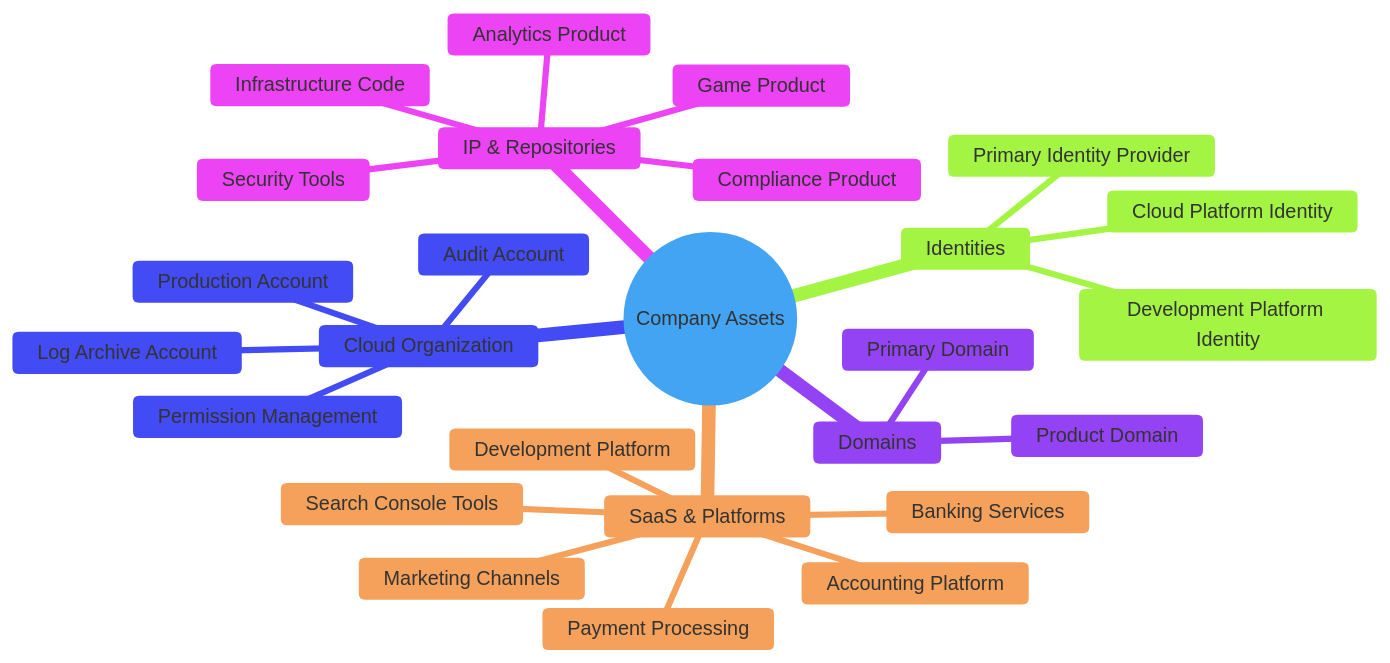
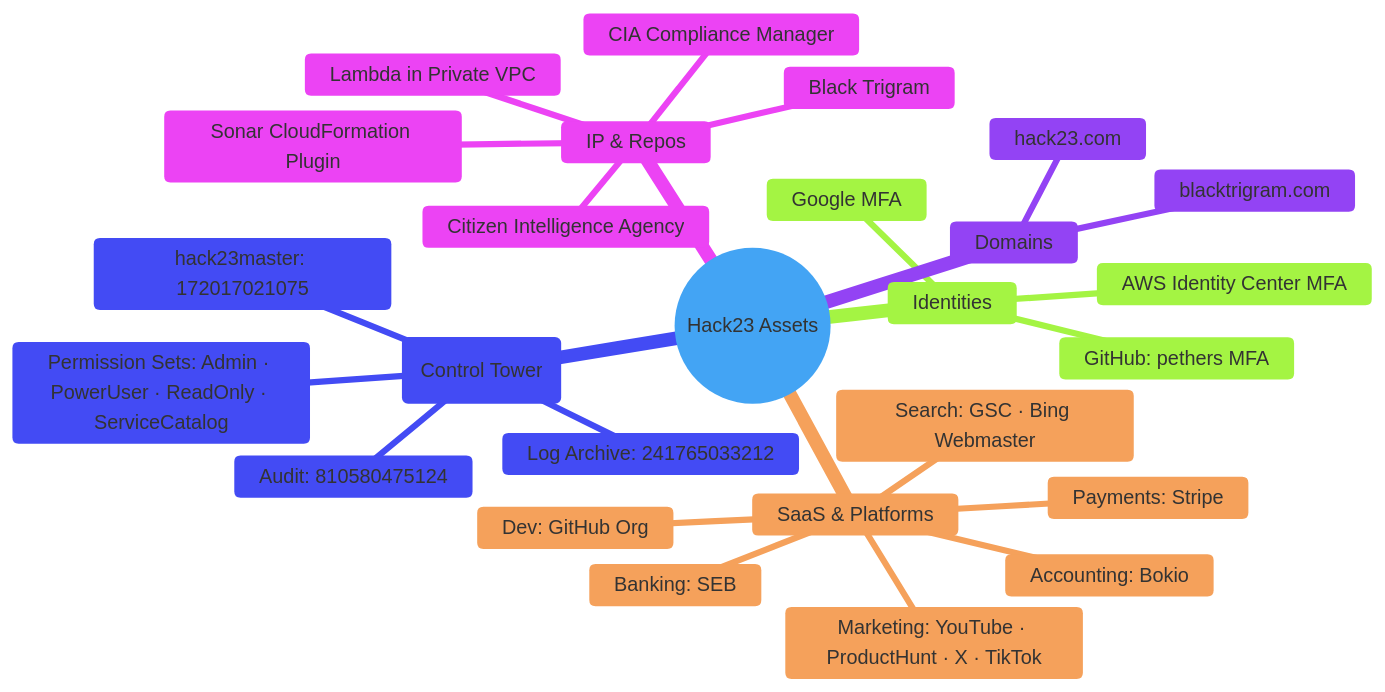
One commit to Hack23/ISMS-PUBLIC changed the first of 8 diagrams in Asset_Register.md. Above: the diagram before and after it, drawn with Mermaid. The commit also changed other lines of this file, not shown here.

````diff
--- a/Asset_Register.md
+++ b/Asset_Register.md
@@ -59,32 +60,32 @@
 ```mermaid
 %%{
   init: { 'theme': 'base', 'themeVariables': { 'primaryColor': '#bbdefb', 'lineColor': '#90caf9' } }
 }%%
 mindmap
-  root((Company Assets))
+  root((Hack23 Assets))
     Identities
-      Primary Identity Provider
-      Development Platform Identity
-      Cloud Platform Identity
+      Google MFA
+      GitHub: pethers MFA
+      AWS Identity Center MFA
     SaaS & Platforms
-      Accounting Platform
-      Banking Services
-      Development Platform
-      Payment Processing
-      Marketing Channels
-      Search Console Tools
-    Cloud Organization
-      Audit Account
-      Log Archive Account
-      Production Account
-      Permission Management
+      Accounting: Bokio
+      Banking: SEB
+      Dev: GitHub Org
+      Payments: Stripe
+      Marketing: YouTube · ProductHunt · X · TikTok
+      Search: GSC · Bing Webmaster
+    AWS Org (Control Tower)
+      Audit: 810580475124
+      Log Archive: 241765033212
+      hack23master: 172017021075
+      Permission Sets: Admin · PowerUser · ReadOnly · ServiceCatalog
     Domains
-      Primary Domain
-      Product Domain
-    IP & Repositories
-      Game Product
-      Compliance Product
-      Analytics Product
-      Infrastructure Code
-      Security Tools
+      hack23.com
+      blacktrigram.com
+    IP & Repos
+      Black Trigram
+      CIA Compliance Manager
+      Citizen Intelligence Agency
+      Lambda in Private VPC
+      Sonar CloudFormation Plugin
 ```
````
